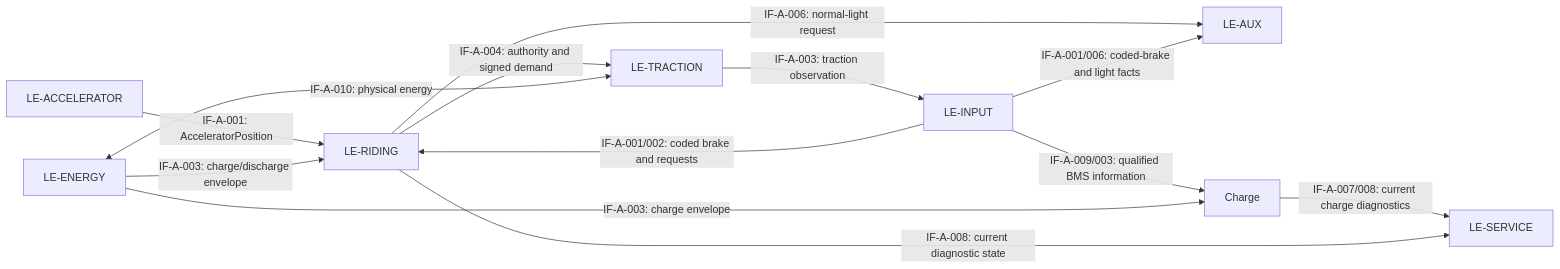
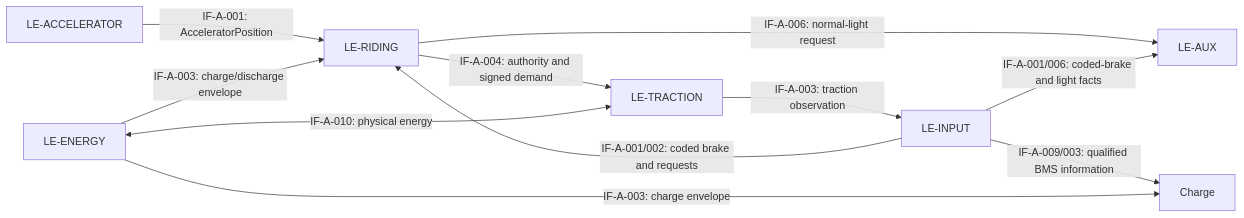
One commit to dhellhake/X2CityMCU changed the second of 2 diagrams in .devenv/Architecture/SystemArchitecture/ARCH-001_System_Architecture.md. Above: the diagram before and after it, drawn with Mermaid. The commit also changed other lines of this file and 69 other files, not shown here.

````diff
--- a/.devenv/Architecture/SystemArchitecture/ARCH-001_System_Architecture.md
+++ b/.devenv/Architecture/SystemArchitecture/ARCH-001_System_Architecture.md
@@ -97,15 +93,13 @@
 ```mermaid
 flowchart LR
     Accelerator["LE-ACCELERATOR"] -->|"IF-A-001: AcceleratorPosition"| Riding["LE-RIDING"]
     Input["LE-INPUT"] -->|"IF-A-001/002: coded brake and requests"| Riding
     Riding -->|"IF-A-004: authority and signed demand"| Drive["LE-TRACTION"]
     Drive -->|"IF-A-003: traction observation"| Input
     Energy["LE-ENERGY"] -->|"IF-A-003: charge/discharge envelope"| Riding
     Energy <-->|"IF-A-010: physical energy"| Drive
     Riding -->|"IF-A-006: normal-light request"| Aux["LE-AUX"]
     Input -->|"IF-A-001/006: coded-brake and light facts"| Aux
     Input -->|"IF-A-009/003: qualified BMS information"| Charge
     Energy -->|"IF-A-003: charge envelope"| Charge
-    Charge -->|"IF-A-007/008: current charge diagnostics"| Service["LE-SERVICE"]
-    Riding -->|"IF-A-008: current diagnostic state"| Service
 ```
````
